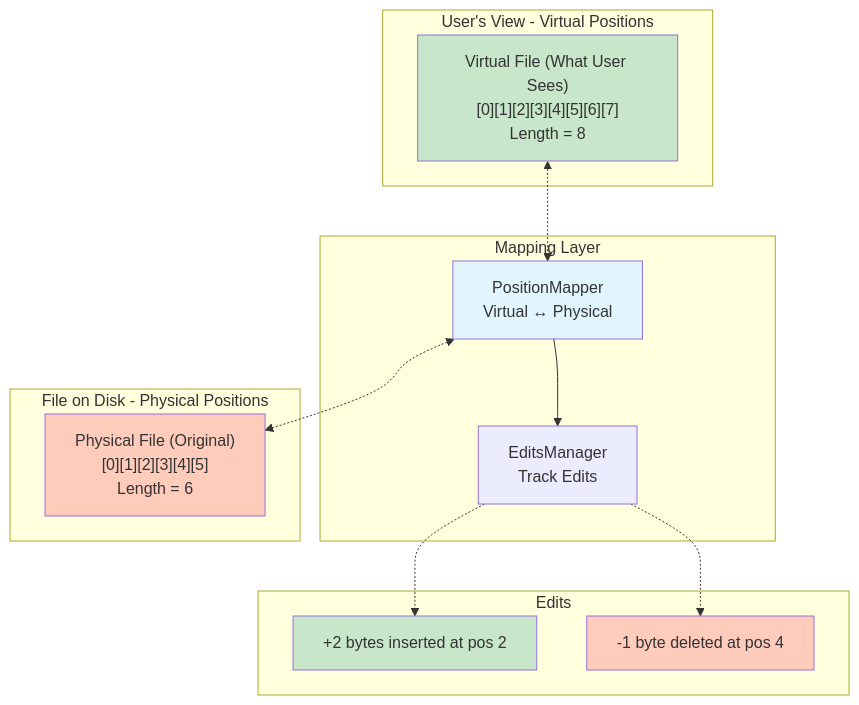
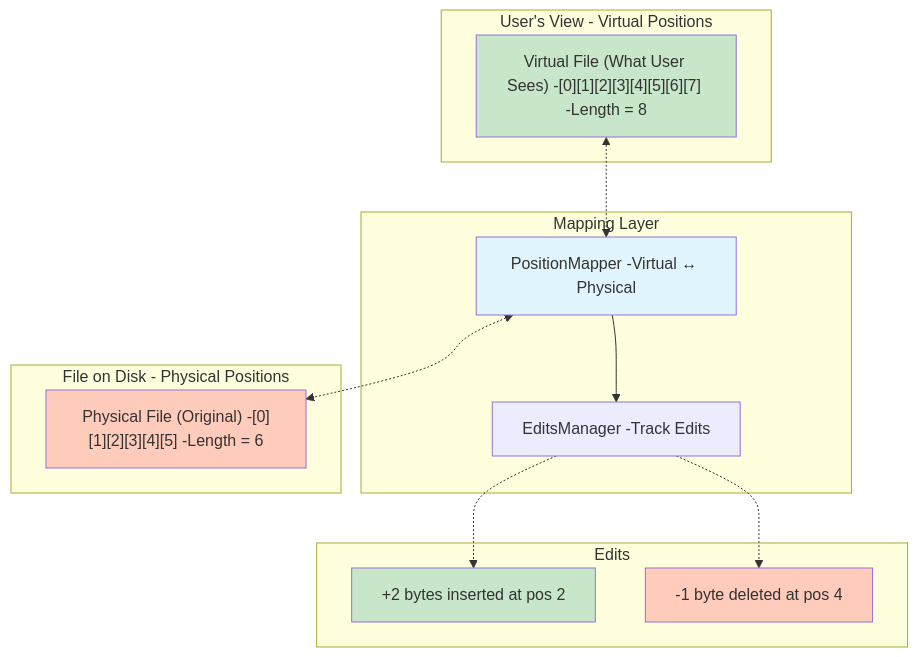
Before and after one commit to myd7349/WpfHexEditorControl: diagram 14 of 24 in ARCHITECTURE_V2.md, drawn with Mermaid. The commit also changed other lines of this file, not shown here.

First line of the commit message:
Fix all remaining Mermaid diagram br tags for GitHub compatibility

````diff
--- a/ARCHITECTURE_V2.md
+++ b/ARCHITECTURE_V2.md
@@ -1042,32 +1042,32 @@
 ```mermaid
 graph TB
     subgraph "User's View - Virtual Positions"
-        V["Virtual File (What User Sees)<br/>[0][1][2][3][4][5][6][7]<br/>Length = 8"]
+        V["Virtual File (What User Sees) -[0][1][2][3][4][5][6][7] -Length = 8"]
     end
 
     subgraph "Mapping Layer"
-        PM[PositionMapper<br/>Virtual ↔ Physical]
-        EM[EditsManager<br/>Track Edits]
+        PM[PositionMapper -Virtual ↔ Physical]
+        EM[EditsManager -Track Edits]
     end
 
     subgraph "File on Disk - Physical Positions"
-        P["Physical File (Original)<br/>[0][1][2][3][4][5]<br/>Length = 6"]
+        P["Physical File (Original) -[0][1][2][3][4][5] -Length = 6"]
     end
 
     subgraph "Edits"
         Ins["+2 bytes inserted at pos 2"]
         Del["-1 byte deleted at pos 4"]
     end
 
     V <-.-> PM
     PM <-.-> P
     PM --> EM
     EM -.-> Ins
     EM -.-> Del
 
     style V fill:#c8e6c9
     style P fill:#ffccbc
     style PM fill:#e1f5ff
     style Ins fill:#c8e6c9
     style Del fill:#ffccbc
 ```
````
